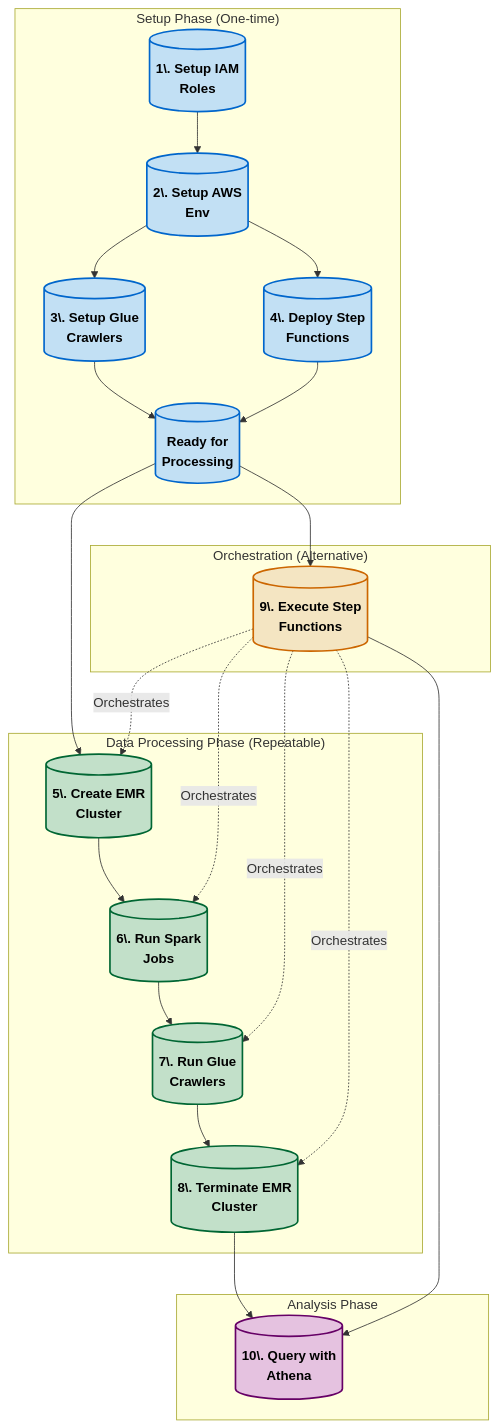
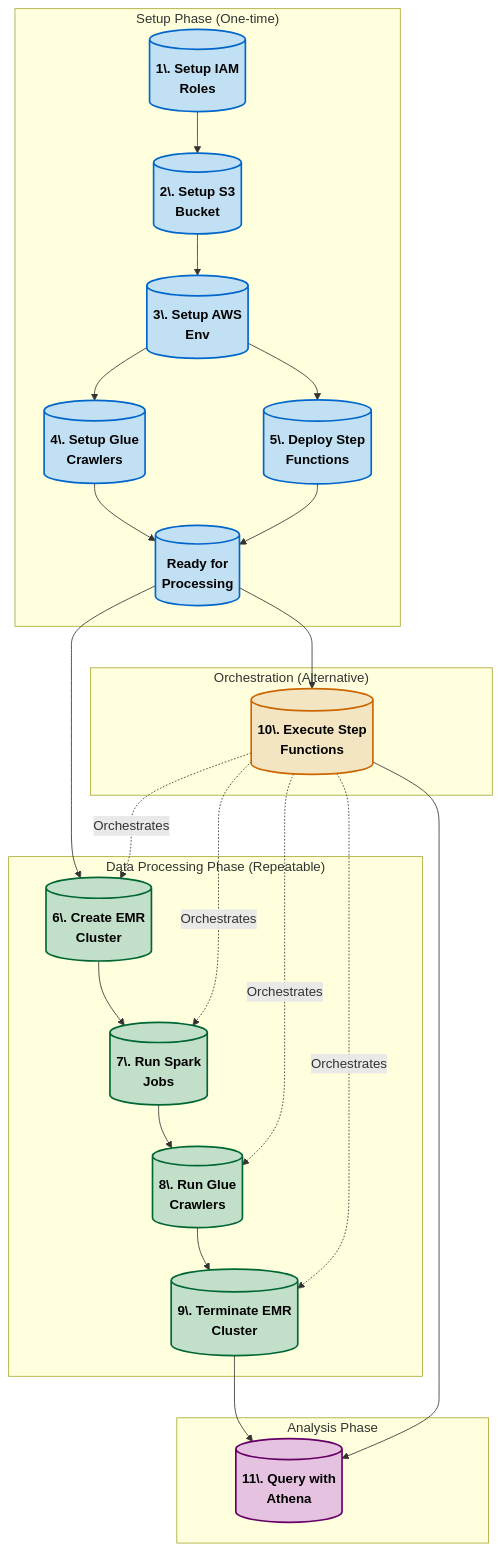
The diagram in docs/workflow.md (KPrince-coder/emr-big-data-processing), drawn with Mermaid before and after one commit. The commit also changed other lines of this file and 3 other files, not shown here.

````diff
--- a/docs/workflow.md
+++ b/docs/workflow.md
@@ -148,45 +159,46 @@
 ```mermaid
 graph TD
     %% Setup Phase
     subgraph "Setup Phase (One-time)"
-        A[("1\. Setup IAM<br/>Roles")] --> B[("2\. Setup AWS<br/>Env")]
-        B --> C[("3\. Setup Glue<br/>Crawlers")]
-        B --> D[("4\. Deploy Step<br/>Functions")]
-        C --> E[("Ready for<br/>Processing")]
-        D --> E
+        A[("1\. Setup IAM<br/>Roles")] --> B[("2\. Setup S3<br/>Bucket")]
+        B --> C[("3\. Setup AWS<br/>Env")]
+        C --> D[("4\. Setup Glue<br/>Crawlers")]
+        C --> E[("5\. Deploy Step<br/>Functions")]
+        D --> F[("Ready for<br/>Processing")]
+        E --> F
     end
 
     %% Data Processing Phase
     subgraph "Data Processing Phase (Repeatable)"
-        E --> F[("5\. Create EMR<br/>Cluster")]
-        F --> G[("6\. Run Spark<br/>Jobs")]
-        G --> H[("7\. Run Glue<br/>Crawlers")]
-        H --> I[("8\. Terminate EMR<br/>Cluster")]
+        F --> G[("6\. Create EMR<br/>Cluster")]
+        G --> H[("7\. Run Spark<br/>Jobs")]
+        H --> I[("8\. Run Glue<br/>Crawlers")]
+        I --> J[("9\. Terminate EMR<br/>Cluster")]
     end
 
     %% Orchestration Alternative
     subgraph "Orchestration (Alternative)"
-        E --> J[("9\. Execute Step<br/>Functions")]
-        J -.-> |"Orchestrates"| F
-        J -.-> |"Orchestrates"| G
-        J -.-> |"Orchestrates"| H
-        J -.-> |"Orchestrates"| I
+        F --> K[("10\. Execute Step<br/>Functions")]
+        K -.-> |"Orchestrates"| G
+        K -.-> |"Orchestrates"| H
+        K -.-> |"Orchestrates"| I
+        K -.-> |"Orchestrates"| J
     end
 
     %% Analysis Phase
     subgraph "Analysis Phase"
-        I --> K[("10\. Query with<br/>Athena")]
-        J --> K
+        J --> L[("11\. Query with<br/>Athena")]
+        K --> L
     end
 
     %% Styling with improved text visibility
     classDef setup fill:#c2e0f4,stroke:#0066cc,stroke-width:2px,color:#000000,font-weight:bold
     classDef processing fill:#c2e0c9,stroke:#006633,stroke-width:2px,color:#000000,font-weight:bold
     classDef orchestration fill:#f4e5c2,stroke:#cc6600,stroke-width:2px,color:#000000,font-weight:bold
     classDef analysis fill:#e5c2e0,stroke:#660066,stroke-width:2px,color:#000000,font-weight:bold
 
-    class A,B,C,D,E setup
-    class F,G,H,I processing
-    class J orchestration
-    class K analysis
+    class A,B,C,D,E,F setup
+    class G,H,I,J processing
+    class K orchestration
+    class L analysis
 ```
````
